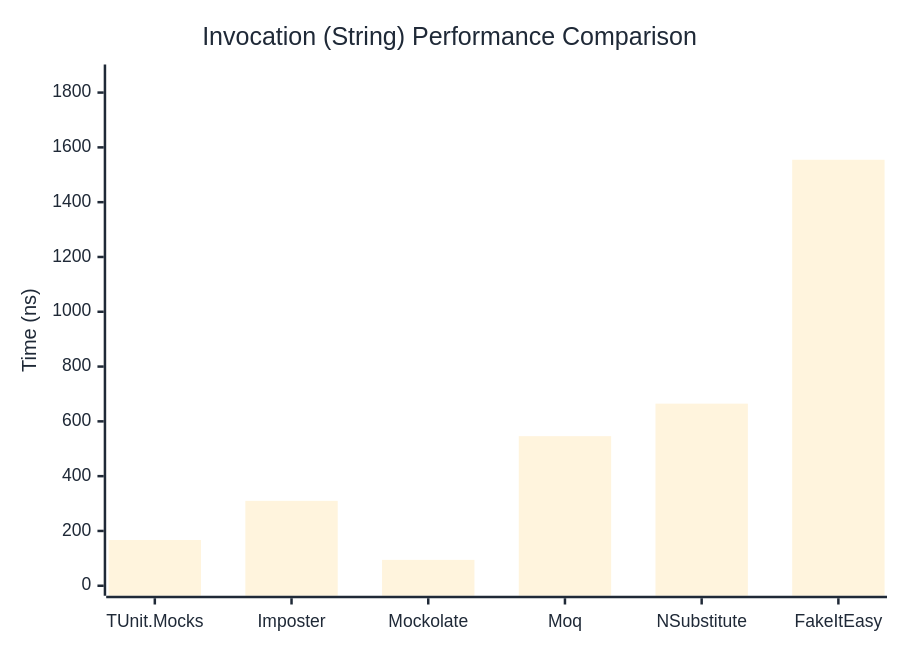
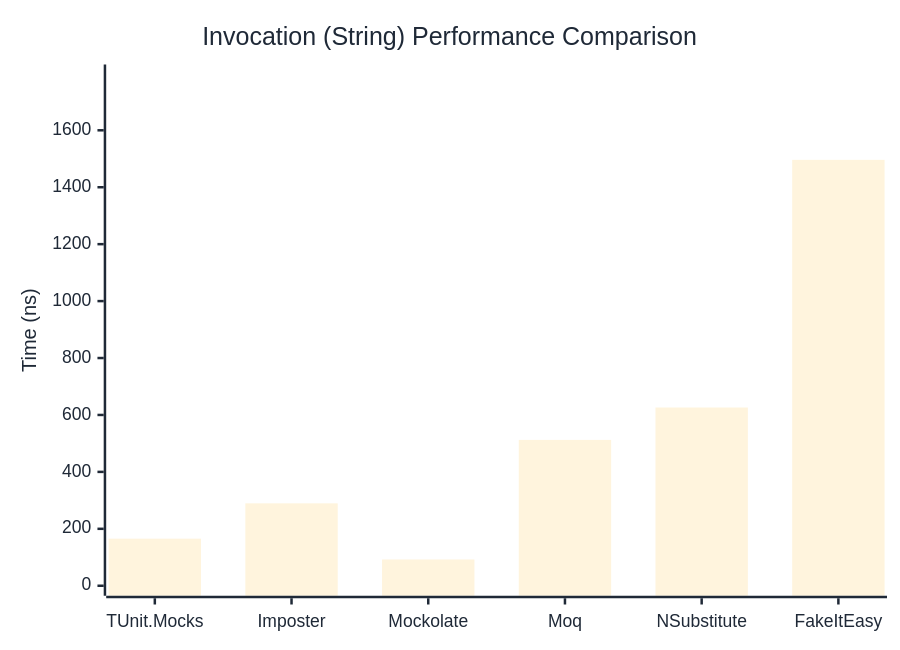
Before and after one commit to thomhurst/TUnit: the second of 3 diagrams in docs/docs/benchmarks/mocks/Invocation.md, drawn with Mermaid. The commit also changed other lines of this file and 14 other files, not shown here.

````diff
--- a/docs/docs/benchmarks/mocks/Invocation.md
+++ b/docs/docs/benchmarks/mocks/Invocation.md
@@ -71,27 +71,27 @@
 ```mermaid
 %%{init: {
   'theme':'base',
   'themeVariables': {
     'primaryColor': '#2563eb',
     'primaryTextColor': '#1f2937',
     'primaryBorderColor': '#1e40af',
     'lineColor': '#6b7280',
     'secondaryColor': '#7c3aed',
     'tertiaryColor': '#dc2626',
     'background': '#ffffff',
     'pie1': '#2563eb',
     'pie2': '#7c3aed',
     'pie3': '#dc2626',
     'pie4': '#f59e0b',
     'pie5': '#10b981',
     'pie6': '#06b6d4',
     'pie7': '#ec4899',
     'pie8': '#6366f1'
   }
 }}%%
 xychart-beta
   title "Invocation (String) Performance Comparison"
   x-axis ["TUnit.Mocks", "Imposter", "Mockolate", "Moq", "NSubstitute", "FakeItEasy"]
-  y-axis "Time (ns)" 0 --> 1866
-  bar [166.94, 309.84, 94.48, 545.99, 664.69, 1554.76]
+  y-axis "Time (ns)" 0 --> 1796
+  bar [165.4, 289.5, 92.25, 512.3, 626.16, 1496.21]
 ```
````
